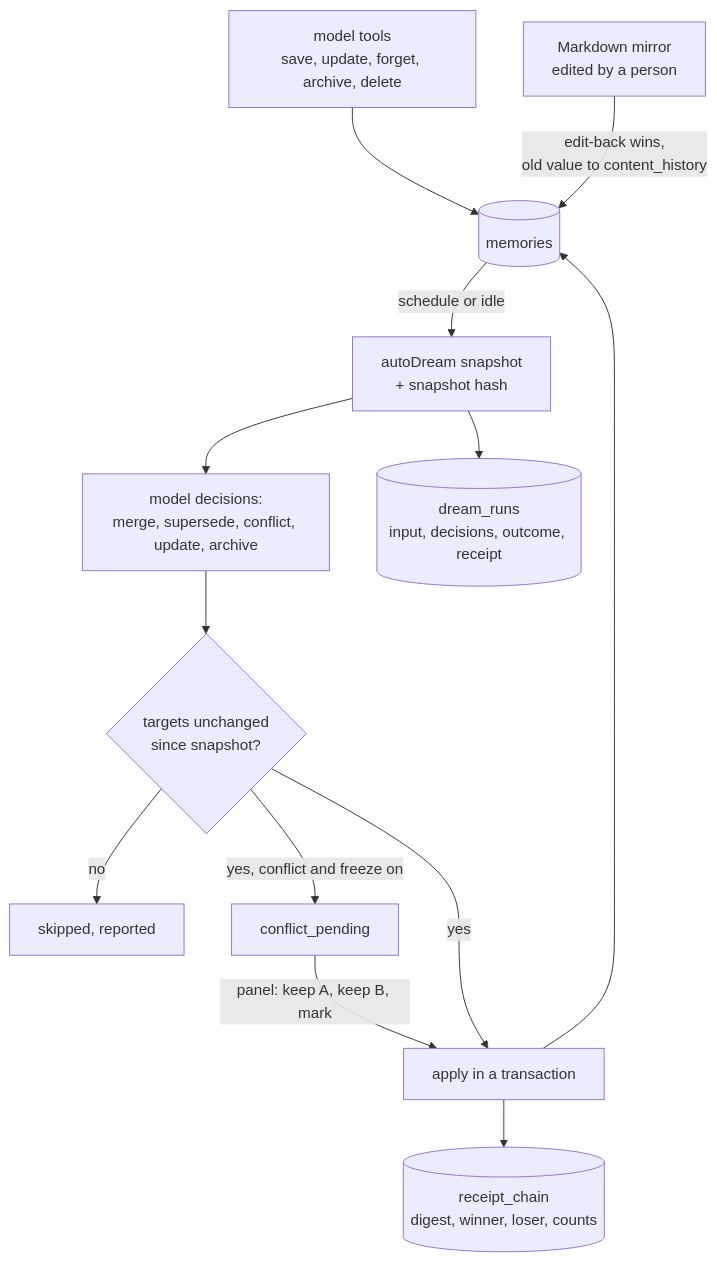
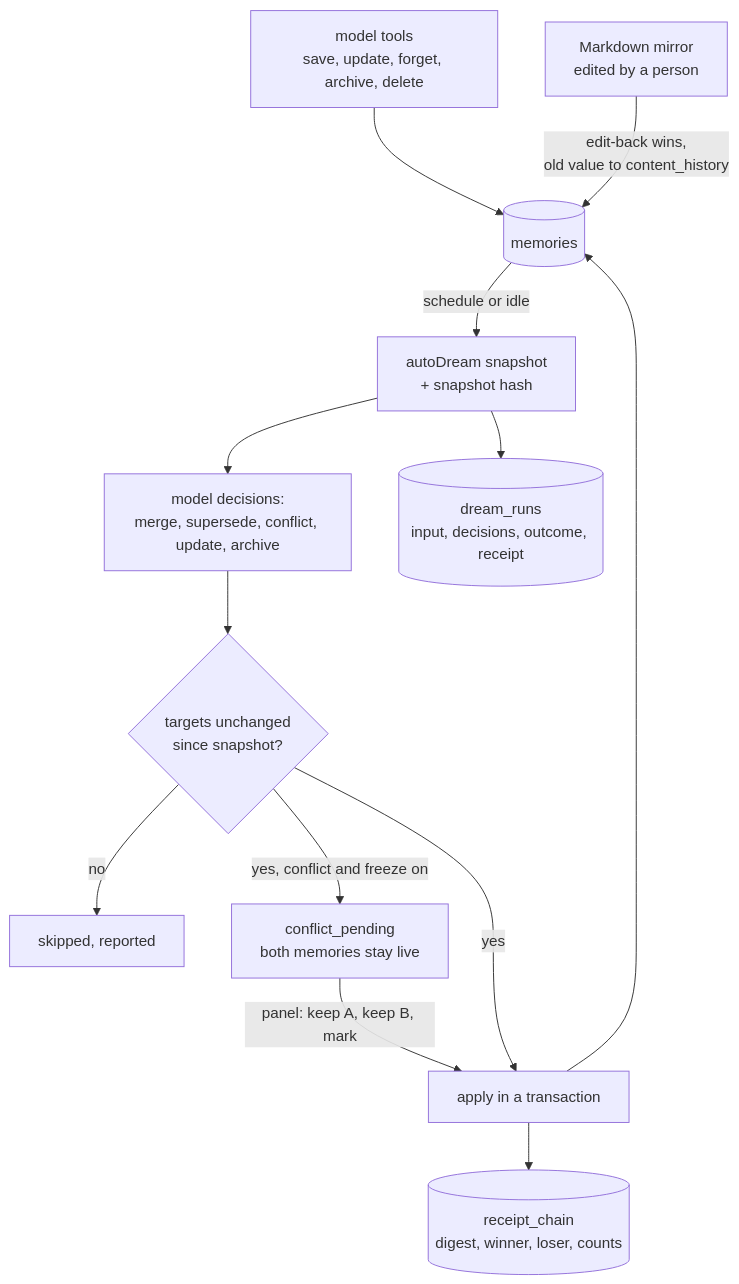
Before and after one commit to neoneye/agent-memory-atlas: the diagram in content/systems/dsh-mneme.md, drawn with Mermaid. The commit also changed other lines of this file and 15 other files, not shown here.

````diff
--- a/content/systems/dsh-mneme.md
+++ b/content/systems/dsh-mneme.md
@@ -90,16 +100,16 @@
 ```mermaid
 %% caption: how consolidation changes memory under a receipt, and where a person can intervene
 flowchart TB
     TOOLS["model tools<br/>save, update, forget, archive, delete"] --> MEM[("memories")]
     MD["Markdown mirror<br/>edited by a person"] -->|"edit-back wins,<br/>old value to content_history"| MEM
     MEM -->|"schedule or idle"| SNAP["autoDream snapshot<br/>+ snapshot hash"]
     SNAP --> LLM["model decisions:<br/>merge, supersede, conflict, update, archive"]
     LLM --> CAS{"targets unchanged<br/>since snapshot?"}
     CAS -->|"no"| SKIP["skipped, reported"]
-    CAS -->|"yes, conflict and freeze on"| PEND["conflict_pending"]
+    CAS -->|"yes, conflict and freeze on"| PEND["conflict_pending<br/>both memories stay live"]
     PEND -->|"panel: keep A, keep B, mark"| APPLY
     CAS -->|"yes"| APPLY["apply in a transaction"]
     APPLY --> MEM
     APPLY --> RC[("receipt_chain<br/>digest, winner, loser, counts")]
     SNAP --> DR[("dream_runs<br/>input, decisions, outcome, receipt")]
 ```
````
